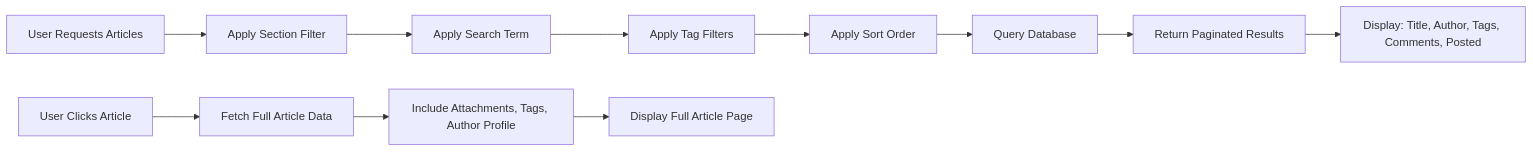
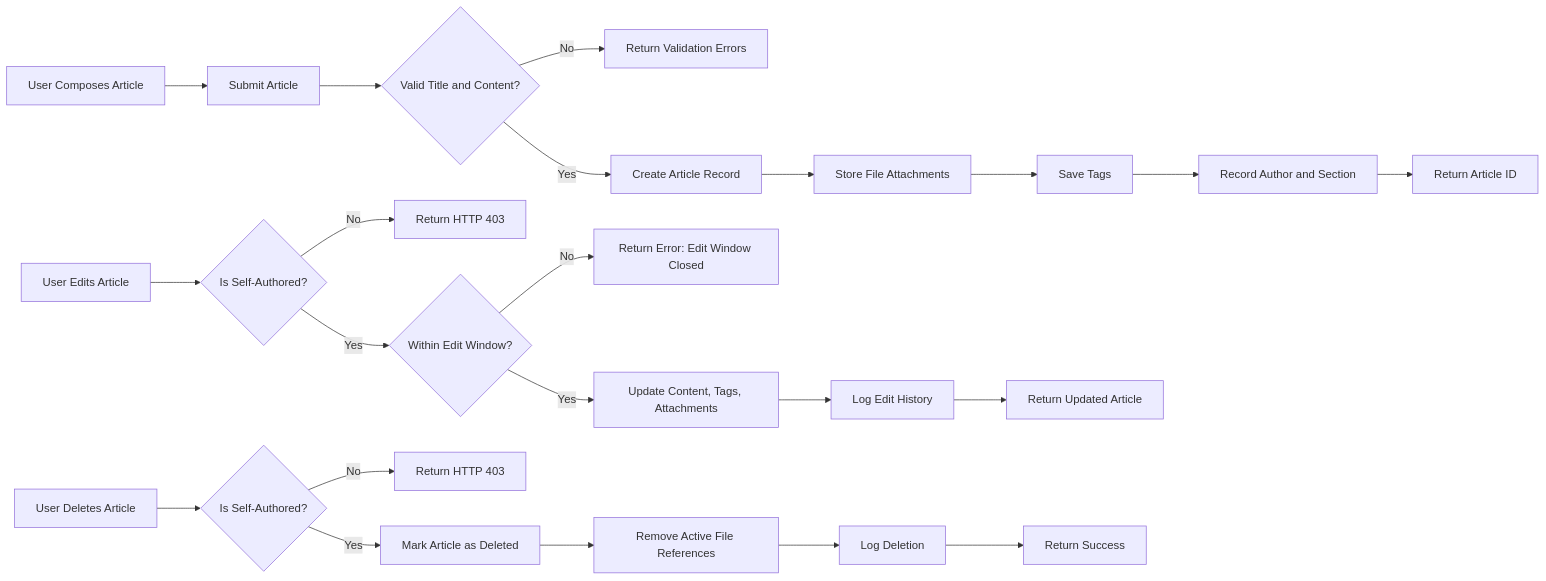
The fourth of 5 diagrams in qwen/qwen3-next-80b-a3b-instruct/bbs/docs/analysis/00-toc.md (wrtnlabs/autobe-examples), drawn with Mermaid before and after one commit. The commit also changed other lines of this file and 11104 other files, not shown here.

````diff
--- a/qwen/qwen3-next-80b-a3b-instruct/bbs/docs/analysis/00-toc.md
+++ b/qwen/qwen3-next-80b-a3b-instruct/bbs/docs/analysis/00-toc.md
@@ -469,13 +410,26 @@
 ```mermaid
 graph LR
-  A["User Requests Articles"] --> B["Apply Section Filter"]
-  B --> C["Apply Search Term"]
-  C --> D["Apply Tag Filters"]
-  D --> E["Apply Sort Order"]
-  E --> F["Query Database"]
-  F --> G["Return Paginated Results"]
-  G --> H["Display: Title, Author, Tags, Comments, Posted" ]
-  I["User Clicks Article"] --> J["Fetch Full Article Data"]
-  J --> K["Include Attachments, Tags, Author Profile"]
-  K --> L["Display Full Article Page"]
+  A["User Composes Article"] --> B["Submit Article"]
+  B --> C{"Valid Title and Content?"}
+  C -->|No| D["Return Validation Errors"]
+  C -->|Yes| E["Create Article Record"]
+  E --> F["Store File Attachments"]
+  F --> G["Save Tags"]
+  G --> H["Record Author and Section"]
+  H --> I["Return Article ID"]
+  
+  J["User Edits Article"] --> K{"Is Self-Authored?"}
+  K -->|No| L["Return HTTP 403"]
+  K -->|Yes| M{"Within Edit Window?"}
+  M -->|No| N["Return Error: Edit Window Closed"]
+  M -->|Yes| O["Update Content, Tags, Attachments"]
+  O --> P["Log Edit History"]
+  P --> Q["Return Updated Article"]
+  
+  R["User Deletes Article"] --> S{"Is Self-Authored?"}
+  S -->|No| T["Return HTTP 403"]
+  S -->|Yes| U["Mark Article as Deleted"]
+  U --> V["Remove Active File References"]
+  V --> W["Log Deletion"]
+  W --> X["Return Success"]
 ```
````
